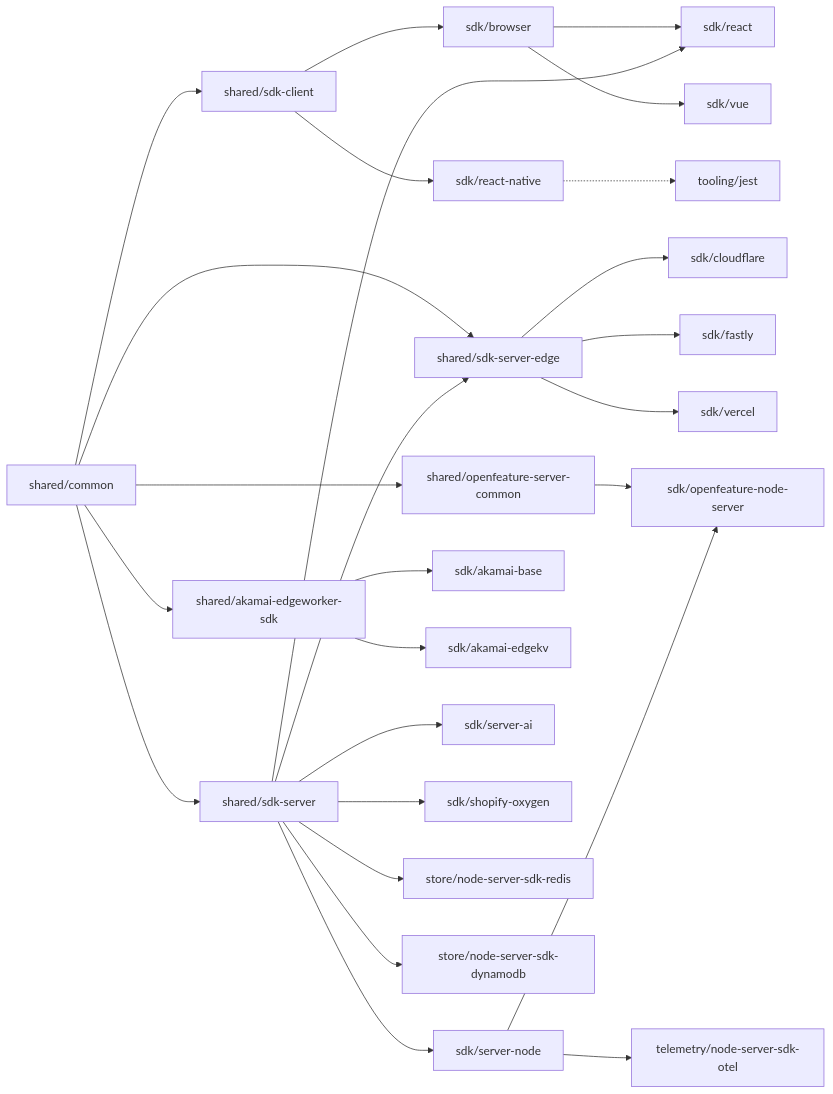
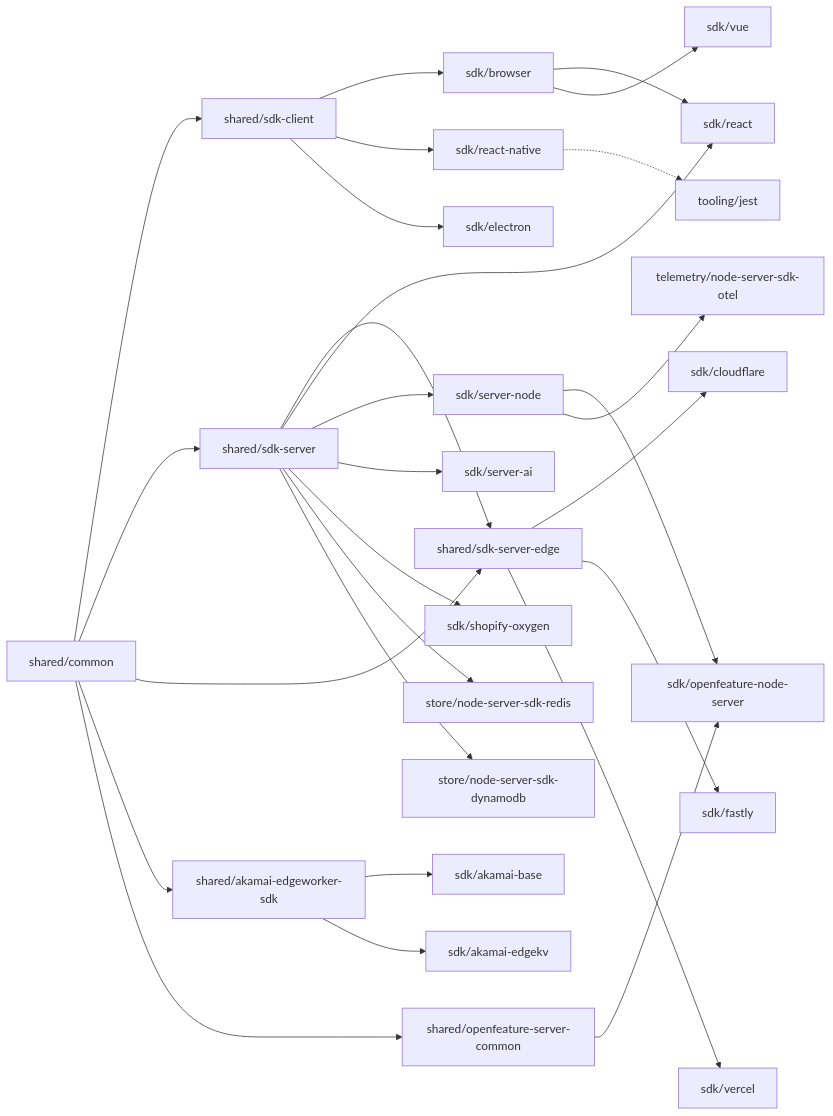
One commit to launchdarkly/js-core changed the diagram in CONTRIBUTING.md. Above: the diagram before and after it, drawn with Mermaid. The commit also changed other lines of this file and 33 other files, not shown here.

````diff
--- a/CONTRIBUTING.md
+++ b/CONTRIBUTING.md
@@ -173,80 +173,82 @@
 ```mermaid
 flowchart LR
     %% Shared packages
     common[shared/common]
     sdk-client[shared/sdk-client]
     sdk-server[shared/sdk-server]
     sdk-server-edge[shared/sdk-server-edge]
     akamai-edgeworker[shared/akamai-edgeworker-sdk]
     openfeature-server-common[shared/openfeature-server-common]
 
     %% SDK packages
     server-node[sdk/server-node]
     cloudflare[sdk/cloudflare]
     fastly[sdk/fastly]
     react-native[sdk/react-native]
     browser[sdk/browser]
+    electron[sdk/electron]
     vercel[sdk/vercel]
     akamai-base[sdk/akamai-base]
     akamai-edgekv[sdk/akamai-edgekv]
     server-ai[sdk/server-ai]
     react[sdk/react]
     shopify-oxygen[sdk/shopify-oxygen]
     openfeature-node-server[sdk/openfeature-node-server]
     vue[sdk/vue]
 
     %% Store packages
     redis[store/node-server-sdk-redis]
     dynamodb[store/node-server-sdk-dynamodb]
 
     %% Telemetry packages
     node-otel[telemetry/node-server-sdk-otel]
 
     %% Tooling packages
     jest[tooling/jest]
 
     %% Dependencies between shared packages
     common --> sdk-client
     common --> sdk-server
     common --> sdk-server-edge
     common --> akamai-edgeworker
     common --> openfeature-server-common
     sdk-server --> sdk-server-edge
 
     %% Dependencies for SDK packages
     sdk-client --> browser
     sdk-client --> react-native
+    sdk-client --> electron
     browser --> react
     browser --> vue
     sdk-server --> react
 
     sdk-server --> server-node
     sdk-server --> server-ai
     sdk-server --> shopify-oxygen
 
     sdk-server-edge --> cloudflare
     sdk-server-edge --> fastly
     sdk-server-edge --> vercel
 
     akamai-edgeworker --> akamai-base
     akamai-edgeworker --> akamai-edgekv
 
     openfeature-server-common --> openfeature-node-server
     server-node --> openfeature-node-server
 
     %% Dependencies for store packages
     sdk-server --> redis
     sdk-server --> dynamodb
 
     %% Dependencies for telemetry packages
     server-node --> node-otel
 
     %% Dependencies for tooling packages
     react-native -.-> jest
 
     class common,sdk-client,sdk-server,sdk-server-edge,akamai-edgeworker,openfeature-server-common shared
-    class server-node,cloudflare,fastly,react-native,browser,vercel,akamai-base,akamai-edgekv,server-ai,react,shopify-oxygen,openfeature-node-server,vue sdk
+    class server-node,cloudflare,fastly,react-native,browser,electron,vercel,akamai-base,akamai-edgekv,server-ai,react,shopify-oxygen,openfeature-node-server,vue sdk
     class redis,dynamodb store
     class node-otel telemetry
     class jest tooling
 ```
````
